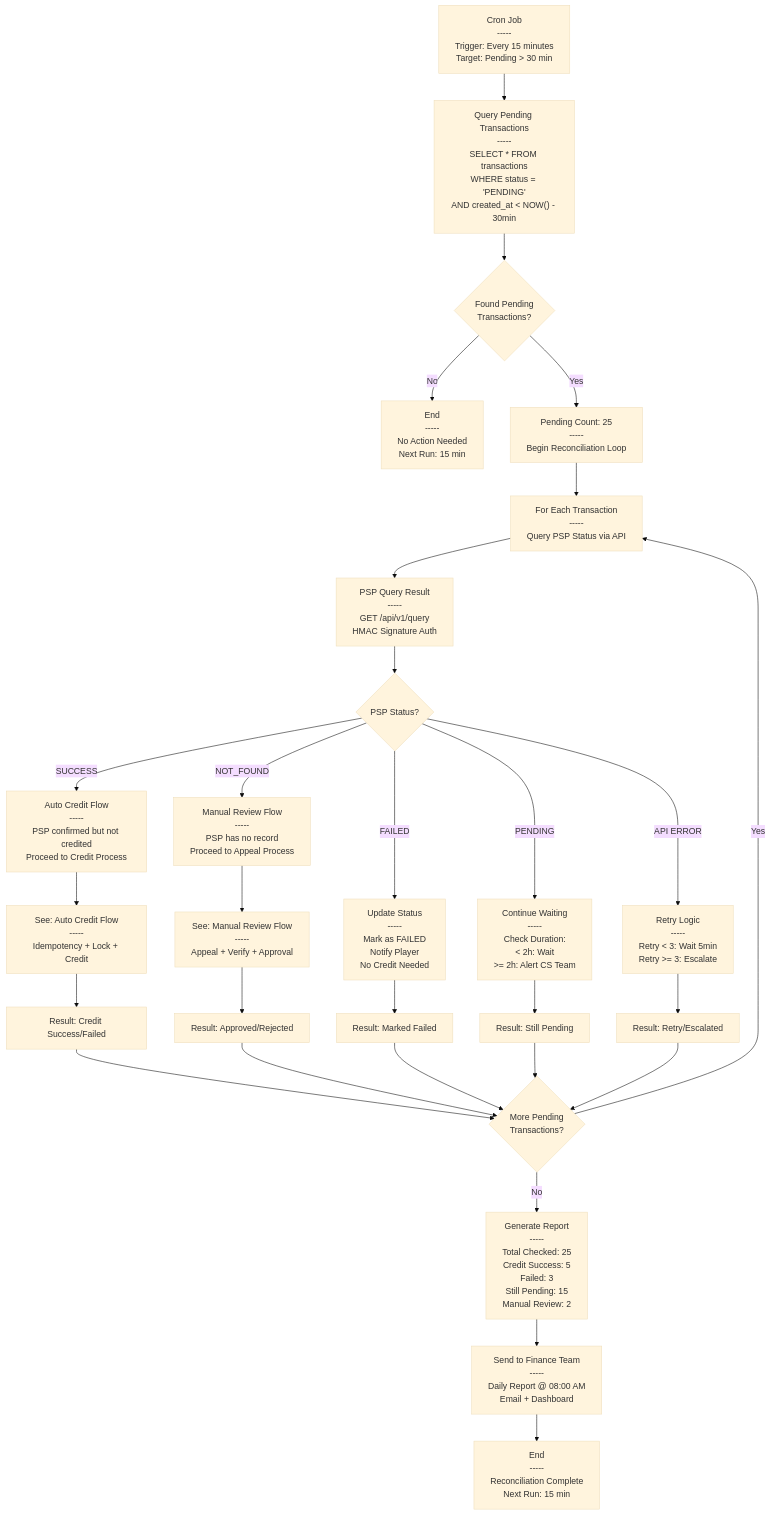
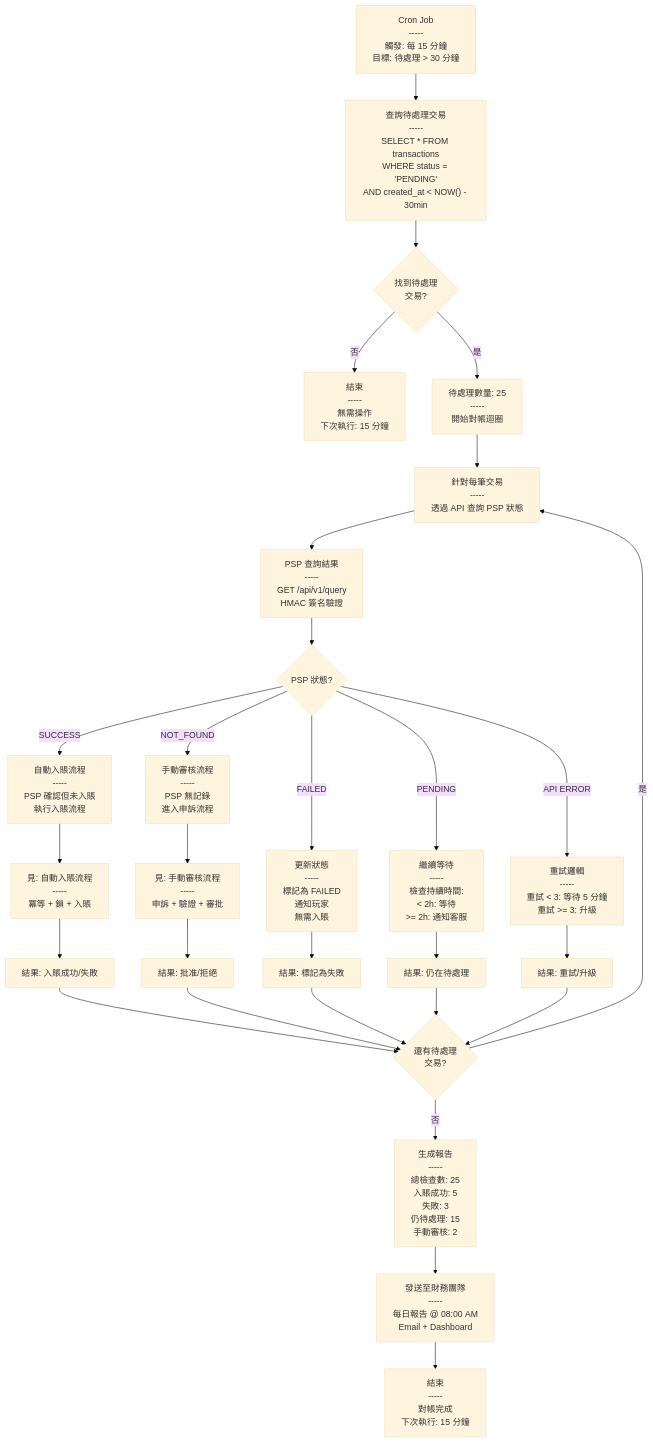
One commit to ron03wlb/smart-admin changed the fifth of 7 diagrams in docs/iGaming/architecture/02_Finance_Service/Payment_Gateway_API.md. Above: the diagram before and after it, drawn with Mermaid (base theme). The commit also changed other lines of this file, not shown here.

First line of the commit message:
docs(iGaming): translate Payment_Gateway_API.md to Traditional Chinese

````diff
--- a/docs/iGaming/architecture/02_Finance_Service/Payment_Gateway_API.md
+++ b/docs/iGaming/architecture/02_Finance_Service/Payment_Gateway_API.md
@@ -650,50 +650,50 @@
 ```mermaid
 flowchart TD
-    START["Cron Job<br/>-----<br/>Trigger: Every 15 minutes<br/>Target: Pending > 30 min"] --> QUERY["Query Pending Transactions<br/>-----<br/>SELECT * FROM transactions<br/>WHERE status = 'PENDING'<br/>AND created_at < NOW() - 30min"]
+    START["Cron Job<br/>-----<br/>觸發: 每 15 分鐘<br/>目標: 待處理 > 30 分鐘"] --> QUERY["查詢待處理交易<br/>-----<br/>SELECT * FROM transactions<br/>WHERE status = 'PENDING'<br/>AND created_at < NOW() - 30min"]
 
-    QUERY --> CHECK{"Found Pending<br/>Transactions?"}
+    QUERY --> CHECK{"找到待處理<br/>交易?"}
 
-    CHECK -->|No| END1["End<br/>-----<br/>No Action Needed<br/>Next Run: 15 min"]
+    CHECK -->|否| END1["結束<br/>-----<br/>無需操作<br/>下次執行: 15 分鐘"]
 
-    CHECK -->|Yes| COUNT["Pending Count: 25<br/>-----<br/>Begin Reconciliation Loop"]
+    CHECK -->|是| COUNT["待處理數量: 25<br/>-----<br/>開始對帳迴圈"]
 
-    COUNT --> LOOP["For Each Transaction<br/>-----<br/>Query PSP Status via API"]
+    COUNT --> LOOP["針對每筆交易<br/>-----<br/>透過 API 查詢 PSP 狀態"]
 
-    LOOP --> PSP_API["PSP Query Result<br/>-----<br/>GET /api/v1/query<br/>HMAC Signature Auth"]
+    LOOP --> PSP_API["PSP 查詢結果<br/>-----<br/>GET /api/v1/query<br/>HMAC 簽名驗證"]
 
-    PSP_API --> ROUTE{PSP Status?}
+    PSP_API --> ROUTE{PSP 狀態?}
 
-    ROUTE -->|SUCCESS| PATH_SUCCESS["Auto Credit Flow<br/>-----<br/>PSP confirmed but not credited<br/>Proceed to Credit Process"]
+    ROUTE -->|SUCCESS| PATH_SUCCESS["自動入賬流程<br/>-----<br/>PSP 確認但未入賬<br/>執行入賬流程"]
 
-    ROUTE -->|FAILED| PATH_FAILED["Update Status<br/>-----<br/>Mark as FAILED<br/>Notify Player<br/>No Credit Needed"]
+    ROUTE -->|FAILED| PATH_FAILED["更新狀態<br/>-----<br/>標記為 FAILED<br/>通知玩家<br/>無需入賬"]
 
-    ROUTE -->|PENDING| PATH_PENDING["Continue Waiting<br/>-----<br/>Check Duration:<br/>< 2h: Wait<br/>>= 2h: Alert CS Team"]
+    ROUTE -->|PENDING| PATH_PENDING["繼續等待<br/>-----<br/>檢查持續時間:<br/>< 2h: 等待<br/>>= 2h: 通知客服"]
 
-    ROUTE -->|NOT_FOUND| PATH_NOT_FOUND["Manual Review Flow<br/>-----<br/>PSP has no record<br/>Proceed to Appeal Process"]
+    ROUTE -->|NOT_FOUND| PATH_NOT_FOUND["手動審核流程<br/>-----<br/>PSP 無記錄<br/>進入申訴流程"]
 
-    ROUTE -->|API ERROR| PATH_ERROR["Retry Logic<br/>-----<br/>Retry < 3: Wait 5min<br/>Retry >= 3: Escalate"]
+    ROUTE -->|API ERROR| PATH_ERROR["重試邏輯<br/>-----<br/>重試 < 3: 等待 5 分鐘<br/>重試 >= 3: 升級"]
 
-    PATH_SUCCESS --> AUTO_CREDIT[See: Auto Credit Flow<br/>-----<br/>Idempotency + Lock + Credit]
-    PATH_NOT_FOUND --> MANUAL_REVIEW["See: Manual Review Flow<br/>-----<br/>Appeal + Verify + Approval"]
+    PATH_SUCCESS --> AUTO_CREDIT[見: 自動入賬流程<br/>-----<br/>冪等 + 鎖 + 入賬]
+    PATH_NOT_FOUND --> MANUAL_REVIEW["見: 手動審核流程<br/>-----<br/>申訴 + 驗證 + 審批"]
 
-    AUTO_CREDIT --> RESULT1[Result: Credit Success/Failed]
-    MANUAL_REVIEW --> RESULT2[Result: Approved/Rejected]
-    PATH_FAILED --> RESULT3[Result: Marked Failed]
-    PATH_PENDING --> RESULT4[Result: Still Pending]
-    PATH_ERROR --> RESULT5[Result: Retry/Escalated]
+    AUTO_CREDIT --> RESULT1[結果: 入賬成功/失敗]
+    MANUAL_REVIEW --> RESULT2[結果: 批准/拒絕]
+    PATH_FAILED --> RESULT3[結果: 標記為失敗]
+    PATH_PENDING --> RESULT4[結果: 仍在待處理]
+    PATH_ERROR --> RESULT5[結果: 重試/升級]
 
     RESULT1 --> NEXT
     RESULT2 --> NEXT
     RESULT3 --> NEXT
     RESULT4 --> NEXT
     RESULT5 --> NEXT
 
-    NEXT{"More Pending<br/>Transactions?"}
+    NEXT{"還有待處理<br/>交易?"}
 
-    NEXT -->|Yes| LOOP
-    NEXT -->|No| SUMMARY["Generate Report<br/>-----<br/>Total Checked: 25<br/>Credit Success: 5<br/>Failed: 3<br/>Still Pending: 15<br/>Manual Review: 2"]
+    NEXT -->|是| LOOP
+    NEXT -->|否| SUMMARY["生成報告<br/>-----<br/>總檢查數: 25<br/>入賬成功: 5<br/>失敗: 3<br/>仍待處理: 15<br/>手動審核: 2"]
 
-    SUMMARY --> REPORT["Send to Finance Team<br/>-----<br/>Daily Report @ 08:00 AM<br/>Email + Dashboard"]
+    SUMMARY --> REPORT["發送至財務團隊<br/>-----<br/>每日報告 @ 08:00 AM<br/>Email + Dashboard"]
 
-    REPORT --> END2["End<br/>-----<br/>Reconciliation Complete<br/>Next Run: 15 min"]
+    REPORT --> END2["結束<br/>-----<br/>對帳完成<br/>下次執行: 15 分鐘"]
 ```
````
